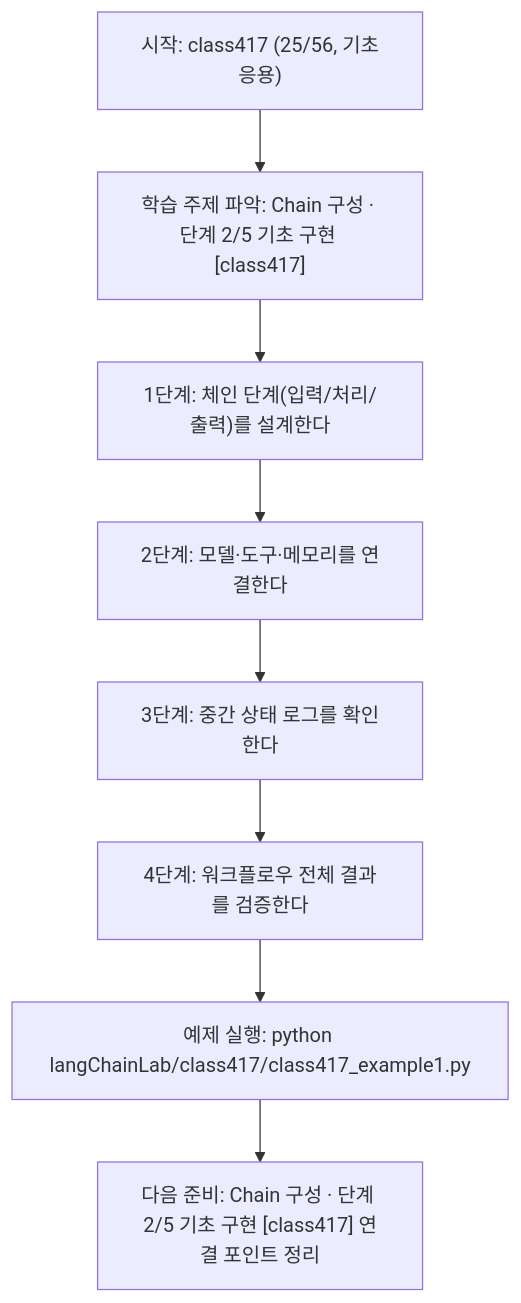
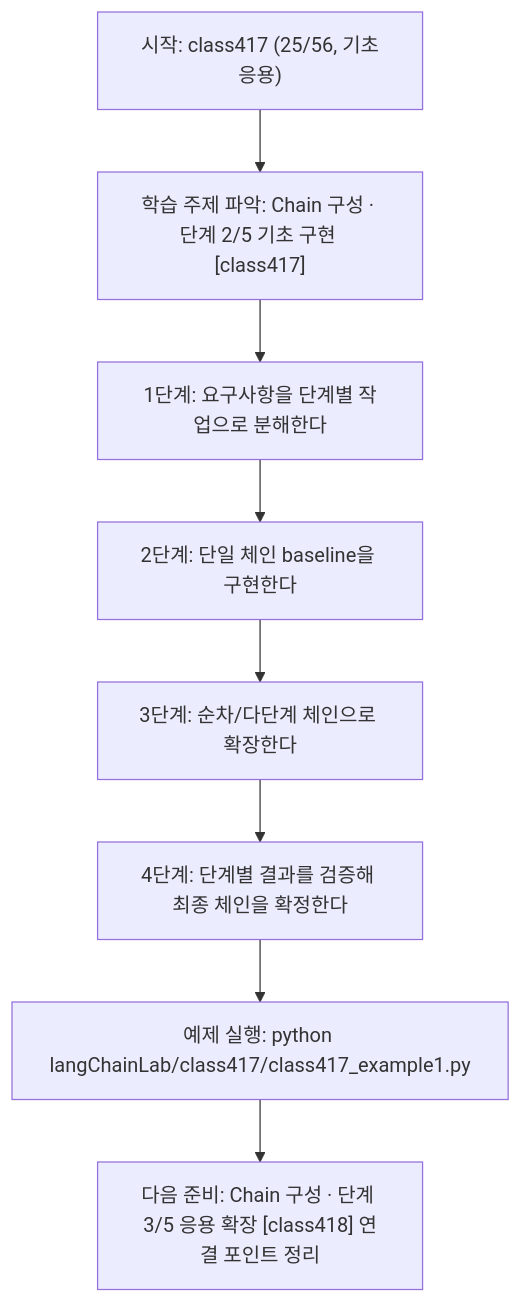
The diagram in langChainLab/class417/class417.md (edumgt/Python-AI_Agent-Class), drawn with Mermaid before and after one commit. The commit also changed other lines of this file and 395 other files, not shown here.

````diff
--- a/langChainLab/class417/class417.md
+++ b/langChainLab/class417/class417.md
@@ -109,18 +91,18 @@
 ```mermaid
 flowchart TD
 N1["시작: class417 (25/56, 기초응용)"]
 N2["학습 주제 파악: Chain 구성 · 단계 2/5 기초 구현 [class417]"]
-N3["1단계: 체인 단계(입력/처리/출력)를 설계한다"]
-N4["2단계: 모델·도구·메모리를 연결한다"]
-N5["3단계: 중간 상태 로그를 확인한다"]
-N6["4단계: 워크플로우 전체 결과를 검증한다"]
+N3["1단계: 요구사항을 단계별 작업으로 분해한다"]
+N4["2단계: 단일 체인 baseline을 구현한다"]
+N5["3단계: 순차/다단계 체인으로 확장한다"]
+N6["4단계: 단계별 결과를 검증해 최종 체인을 확정한다"]
 N7["예제 실행: python langChainLab/class417/class417_example1.py"]
-N8["다음 준비: Chain 구성 · 단계 2/5 기초 구현 [class417] 연결 포인트 정리"]
+N8["다음 준비: Chain 구성 · 단계 3/5 응용 확장 [class418] 연결 포인트 정리"]
 N1 --> N2
 N2 --> N3
 N3 --> N4
 N4 --> N5
 N5 --> N6
 N6 --> N7
 N7 --> N8
 ```
````
